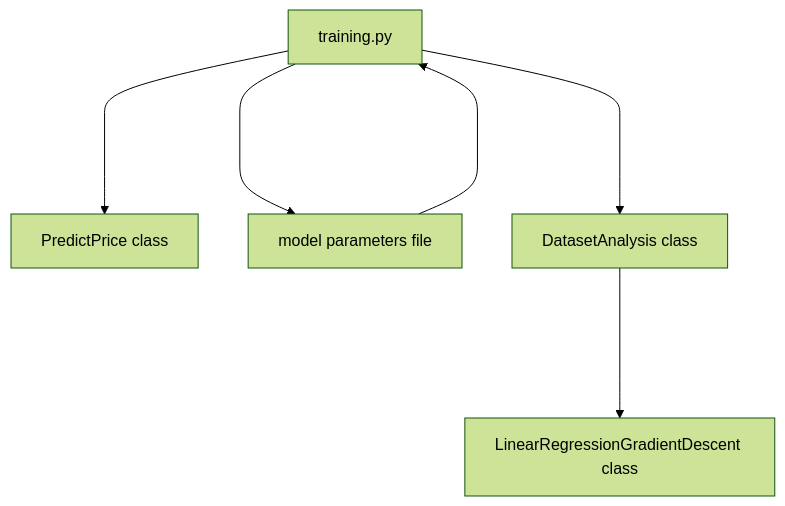
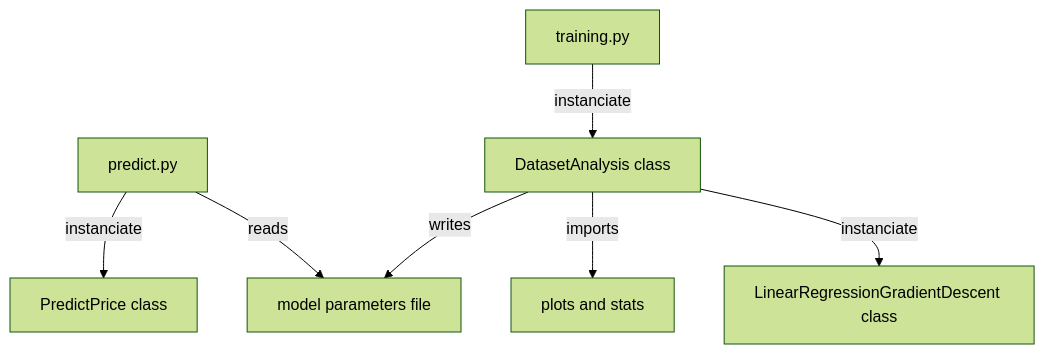
One commit to shameleon/ft_linear_regression changed the diagram in README.md. Above: the diagram before and after it, drawn with Mermaid (forest theme).

````diff
--- a/README.md
+++ b/README.md
@@ -17,9 +17,10 @@
 ```mermaid
   graph TD;
-      A[predict.py]---->B[PredictPrice class];
-      C[model parameters file]---->A[predict.py];
-      A[training.py]---->C[model parameters file];
-      A[training.py]---->D[CarPriceDatasetAnalysis class];
-      D[DatasetAnalysis class]---->E[LinearRegressionGradientDescent class];
+      A[predict.py]--instanciate-->C[PredictPrice class];
+      B[training.py]--instanciate-->D[DatasetAnalysis class];
+      D[DatasetAnalysis class]--instanciate-->E[LinearRegressionGradientDescent class];
+      A[predict.py]--reads-->F[model parameters file]
+      D[DatasetAnalysis class]--writes-->F[model parameters file];
+      D[DatasetAnalysis class]--imports-->G[plots and stats];
       
 ```
````
